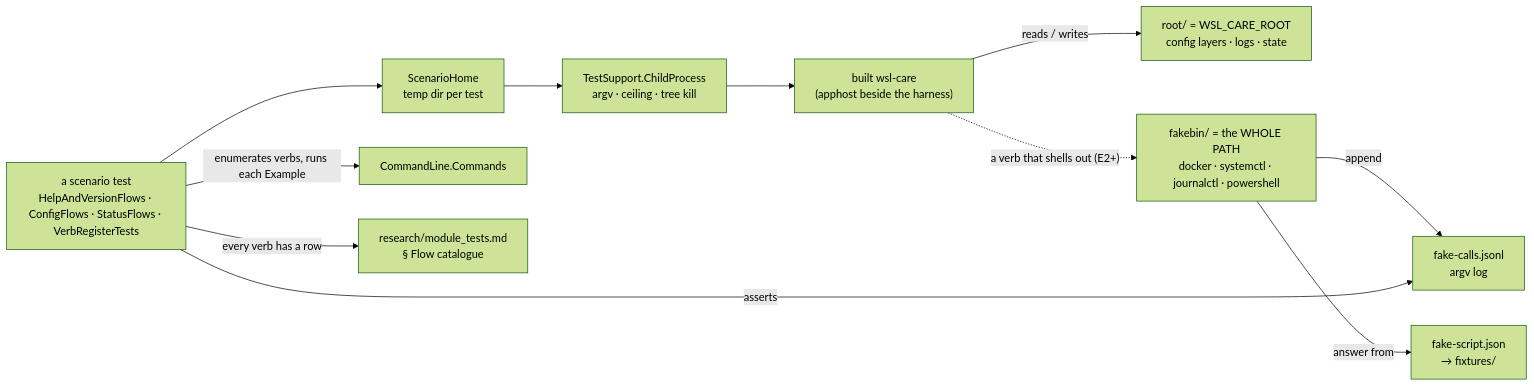
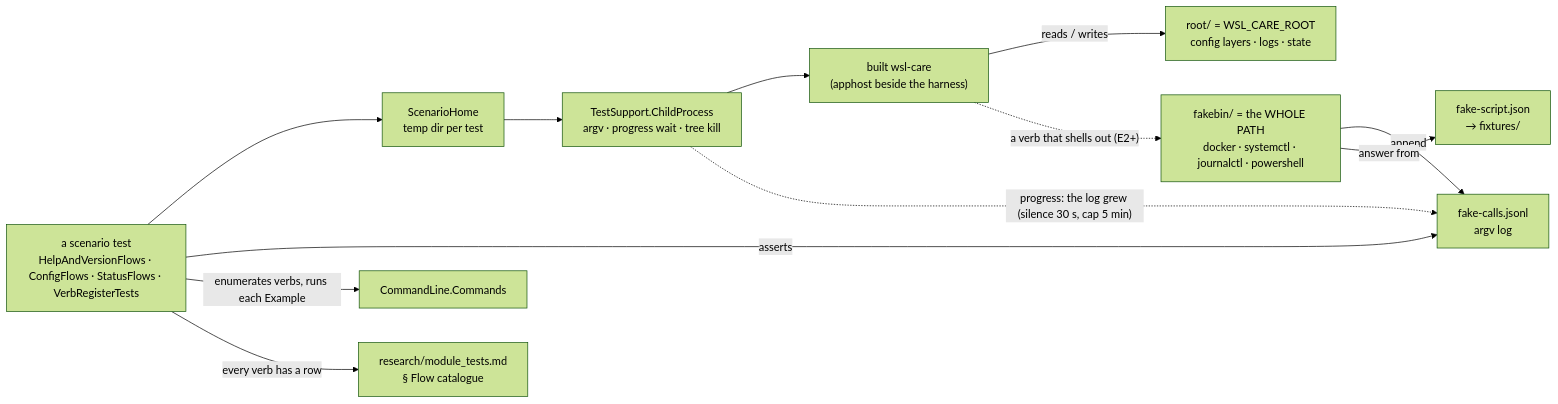
One commit to oleksandrdubyna88/wsl_care changed diagram 29 of 29 in research/architecture.md. Above: the diagram before and after it, drawn with Mermaid (forest theme). The commit also changed other lines of this file and 5 other files, not shown here.

````diff
--- a/research/architecture.md
+++ b/research/architecture.md
@@ -2632,24 +2633,25 @@
 ```mermaid
 flowchart LR
     test["a scenario test<br/>HelpAndVersionFlows · ConfigFlows · StatusFlows · VerbRegisterTests"]
     home["ScenarioHome<br/>temp dir per test"]
-    launcher["TestSupport.ChildProcess<br/>argv · ceiling · tree kill"]
+    launcher["TestSupport.ChildProcess<br/>argv · progress wait · tree kill"]
     cli["built wsl-care<br/>(apphost beside the harness)"]
     root["root/ = WSL_CARE_ROOT<br/>config layers · logs · state"]
     bin["fakebin/ = the WHOLE PATH<br/>docker · systemctl · journalctl · powershell"]
     log["fake-calls.jsonl<br/>argv log"]
     script["fake-script.json<br/>→ fixtures/"]
     register["CommandLine.Commands"]
     catalogue["research/module_tests.md<br/>§ Flow catalogue"]
 
     test --> home
     home --> launcher
     launcher --> cli
     cli -->|reads / writes| root
     cli -.->|"a verb that shells out (E2+)"| bin
     bin -->|append| log
     bin -->|answer from| script
     test -->|asserts| log
+    launcher -.->|"progress: the log grew (silence 30 s, cap 5 min)"| log
     test -->|"enumerates verbs, runs each Example"| register
     test -->|"every verb has a row"| catalogue
 ```
````
